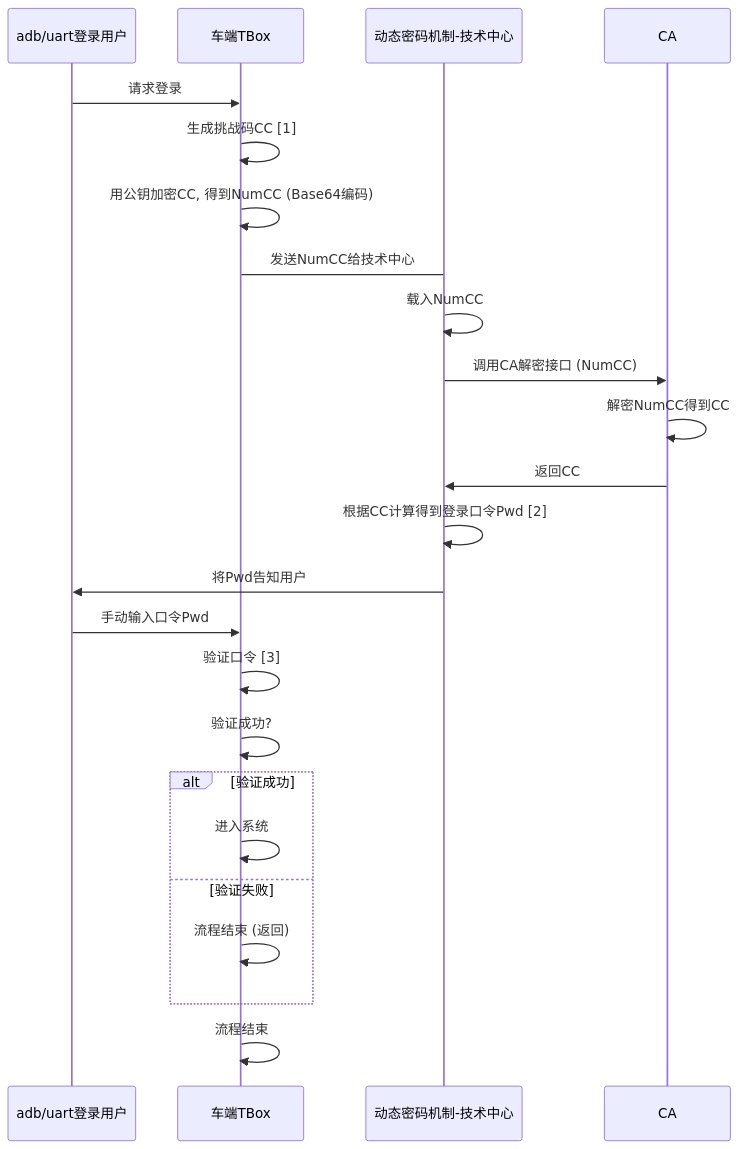
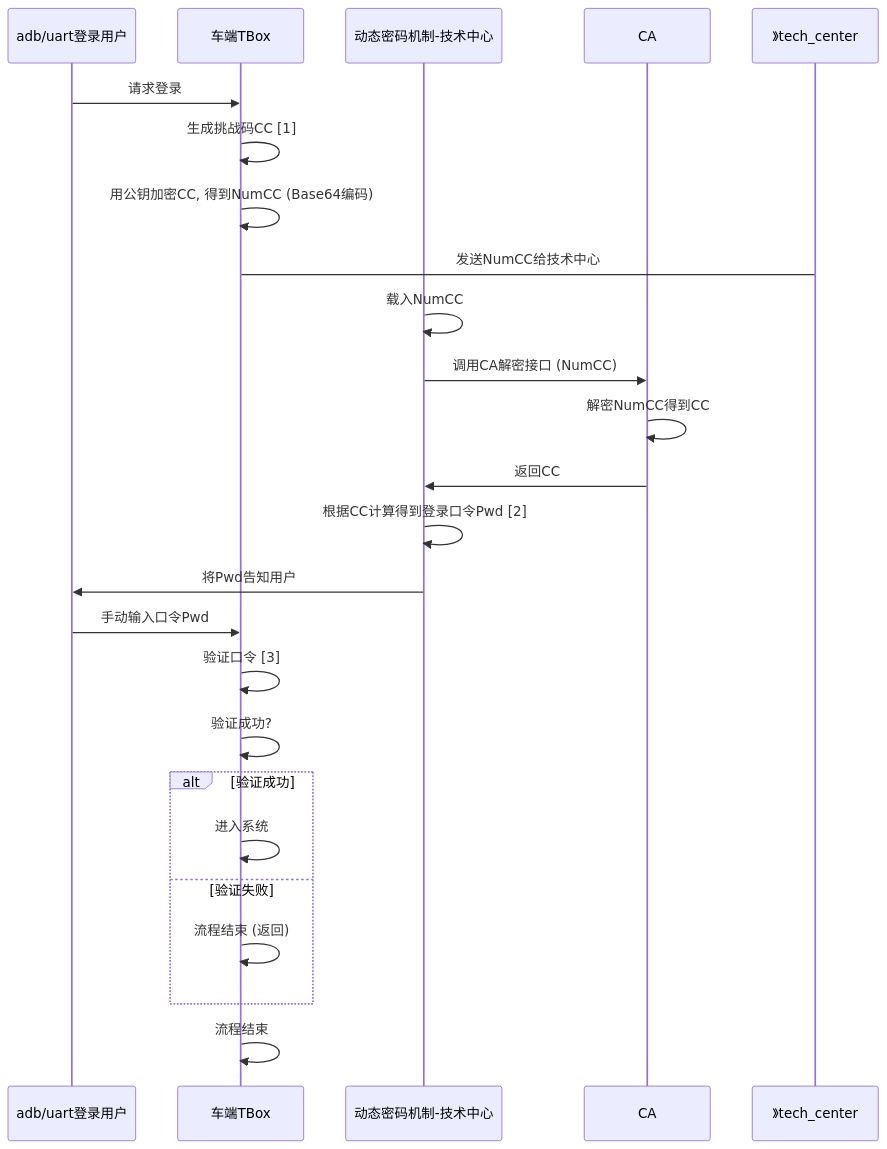
The diagram in all/未命名-13.md (facebook-cloud/iodraw-files), drawn with Mermaid before and after one commit.

Commit message:
2026-01-26 18:10:06 update

````diff
--- a/all/未命名-13.md
+++ b/all/未命名-13.md
@@ -1,28 +1,28 @@
 ```mermaid
 sequenceDiagram
     participant user as adb/uart登录用户
     participant tbox as 车端TBox
     participant tech_center as 动态密码机制-技术中心
     participant ca as CA
 
     user->>tbox: 请求登录
     tbox->>tbox: 生成挑战码CC [1]
     tbox->>tbox: 用公钥加密CC, 得到NumCC (Base64编码)
-    tbox->tech_center: 发送NumCC给技术中心
+    tbox->》tech_center: 发送NumCC给技术中心
     tech_center->>tech_center: 载入NumCC
     tech_center->>ca: 调用CA解密接口 (NumCC)
     ca->>ca: 解密NumCC得到CC
     ca->>tech_center: 返回CC
     tech_center->>tech_center: 根据CC计算得到登录口令Pwd [2]
     tech_center->>user: 将Pwd告知用户
     user->>tbox: 手动输入口令Pwd
     tbox->>tbox: 验证口令 [3]
     tbox->>tbox: 验证成功?
     alt 验证成功
         tbox->>tbox: 进入系统
     else 验证失败
         tbox->>tbox: 流程结束 (返回)
     end
     tbox->>tbox: 流程结束
 
 ```
````
